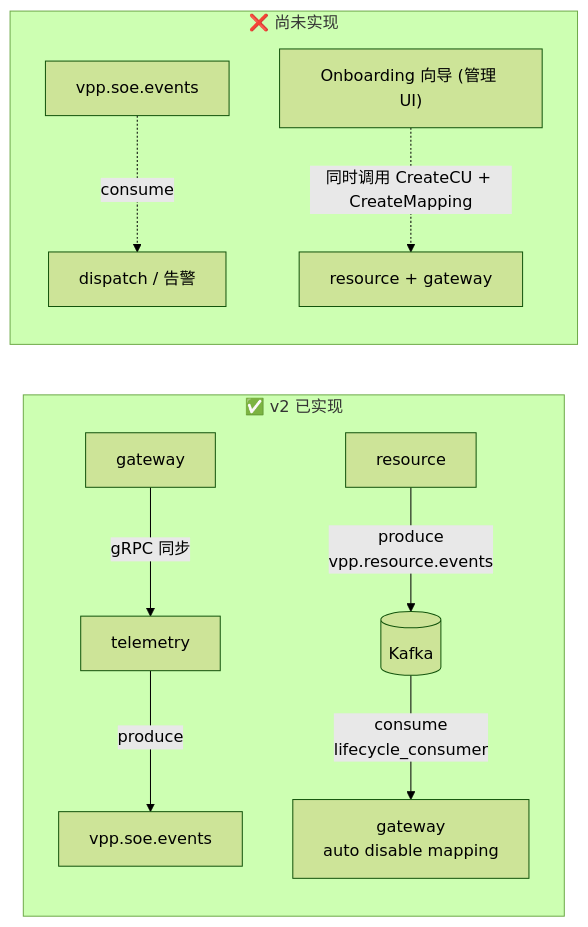
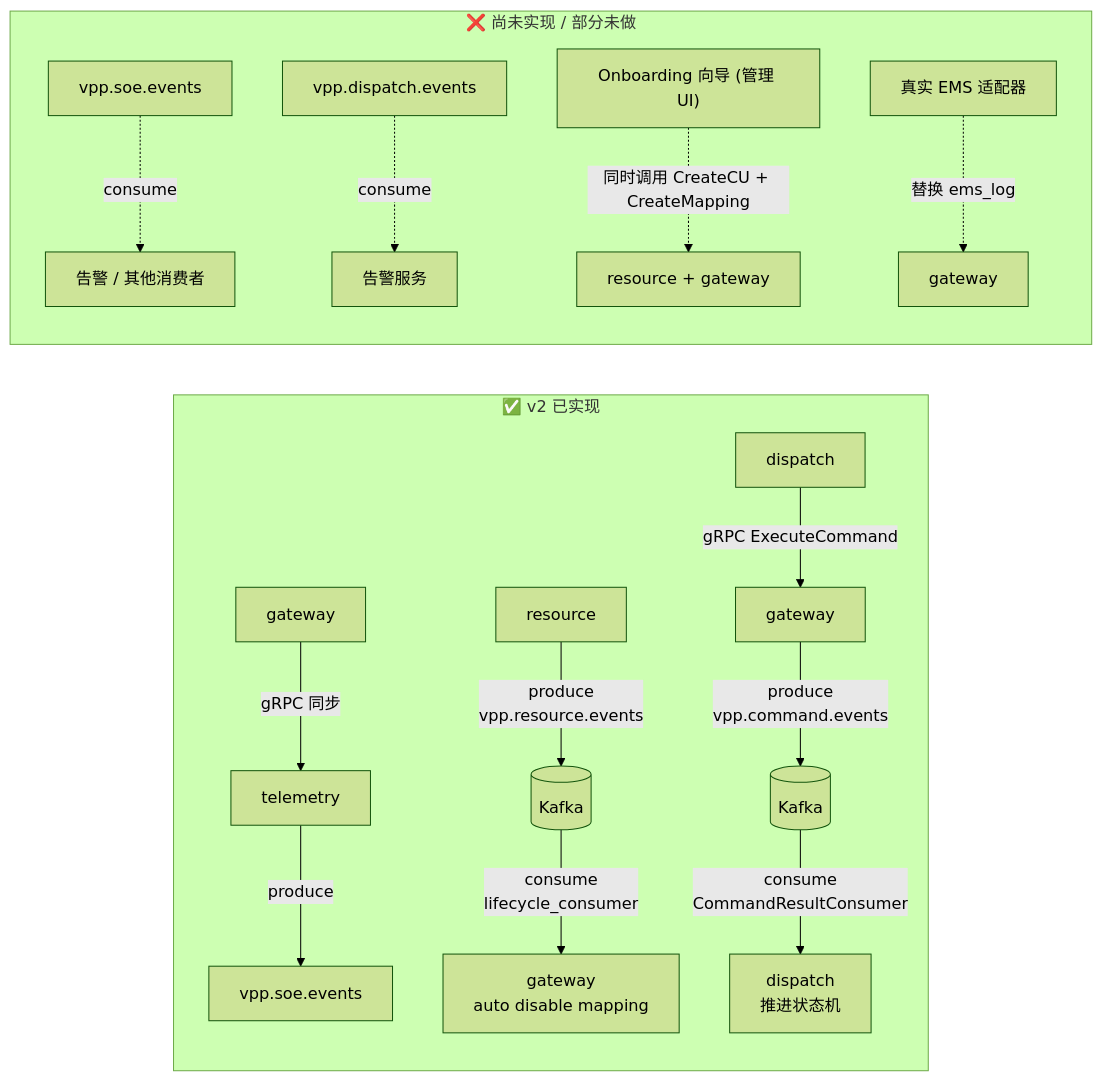
The second of 2 diagrams in architecture.md (mushroomyuan/vpp-backend), drawn with Mermaid (forest theme) before and after one commit. The commit also changed other lines of this file and 40 other files, not shown here.

````diff
--- a/architecture.md
+++ b/architecture.md
@@ -138,25 +168,35 @@
 ```mermaid
 
 flowchart LR
 
     subgraph Implemented["✅ v2 已实现"]
 
         G1[gateway] -->|gRPC 同步| T1[telemetry]
 
         T1 -->|produce| K1["vpp.soe.events"]
 
         R2[resource] -->|produce<br/>vpp.resource.events| K2[("Kafka")]
 
         K2 -->|consume<br/>lifecycle_consumer| G2[gateway<br/>auto disable mapping]
 
+        D1[dispatch] -->|gRPC ExecuteCommand| G3[gateway]
+
+        G3 -->|produce<br/>vpp.command.events| K3[("Kafka")]
+
+        K3 -->|consume<br/>CommandResultConsumer| D2[dispatch<br/>推进状态机]
+
     end
 
-    subgraph Future["❌ 尚未实现"]
+    subgraph Future["❌ 尚未实现 / 部分未做"]
 
-        K3["vpp.soe.events"] -.->|consume| D2[dispatch / 告警]
+        K4["vpp.soe.events"] -.->|consume| Alert[告警 / 其他消费者]
+
+        K5["vpp.dispatch.events"] -.->|consume| Alert2[告警服务]
 
         OnboardingUI["Onboarding 向导 (管理 UI)"] -.->|同时调用 CreateCU + CreateMapping| Both["resource + gateway"]
+
+        RealEMS["真实 EMS 适配器"] -.->|替换 ems_log| G4[gateway]
 
     end
 
 ```
````
